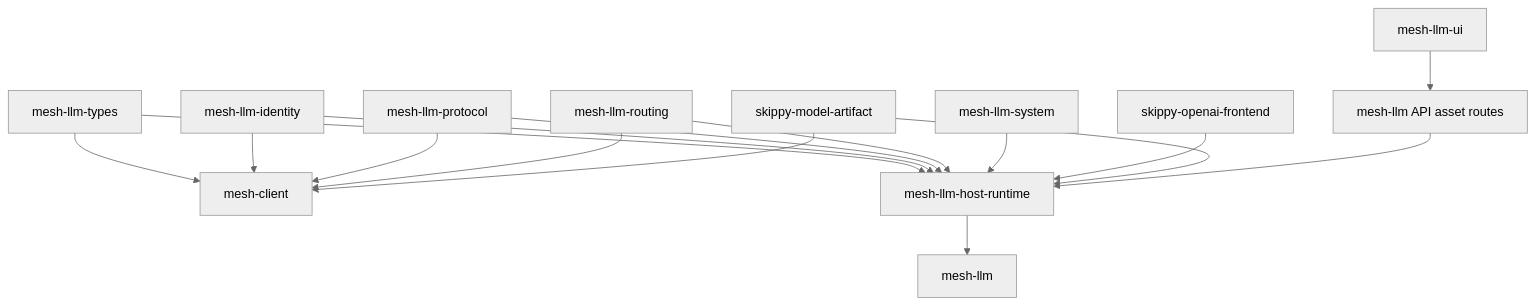
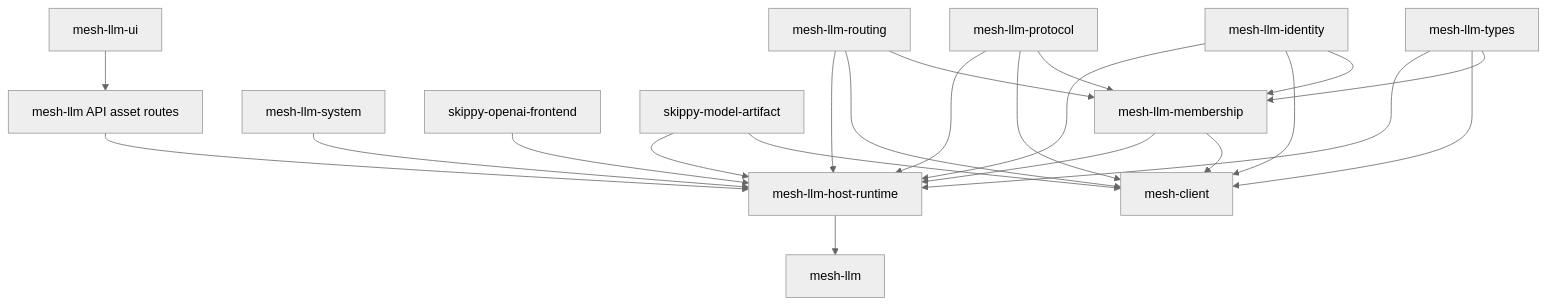
The first of 2 diagrams in docs/design/CRATE_DECOMPOSITION.md (76287298092/mesh-llm), drawn with Mermaid (neutral theme) before and after one commit. The commit also changed other lines of this file and 65 other files, not shown here.

Commit message:
refactor(mesh): integrate membership extraction and downstream failure telemetry

````diff
--- a/docs/design/CRATE_DECOMPOSITION.md
+++ b/docs/design/CRATE_DECOMPOSITION.md
@@ -43,31 +52,38 @@
 ```mermaid
 flowchart TD
     types["mesh-llm-types"]
     client["mesh-client"]
     identity["mesh-llm-identity"]
+    membership["mesh-llm-membership"]
     host_runtime["mesh-llm-host-runtime"]
     app["mesh-llm"]
     system["mesh-llm-system"]
     protocol["mesh-llm-protocol"]
     routing["mesh-llm-routing"]
     openai["skippy-openai-frontend"]
     artifact["skippy-model-artifact"]
     ui["mesh-llm-ui"]
     api_assets["mesh-llm API asset routes"]
 
+    types --> membership
+    identity --> membership
+    protocol --> membership
+    routing --> membership
+    membership --> client
+    membership --> host_runtime
     types --> client
     types --> host_runtime
     identity --> client
     identity --> host_runtime
     protocol --> client
     protocol --> host_runtime
     routing --> client
     routing --> host_runtime
     system --> host_runtime
     openai --> host_runtime
     artifact --> client
     artifact --> host_runtime
     ui --> api_assets
     api_assets --> host_runtime
     host_runtime --> app
 ```
````
